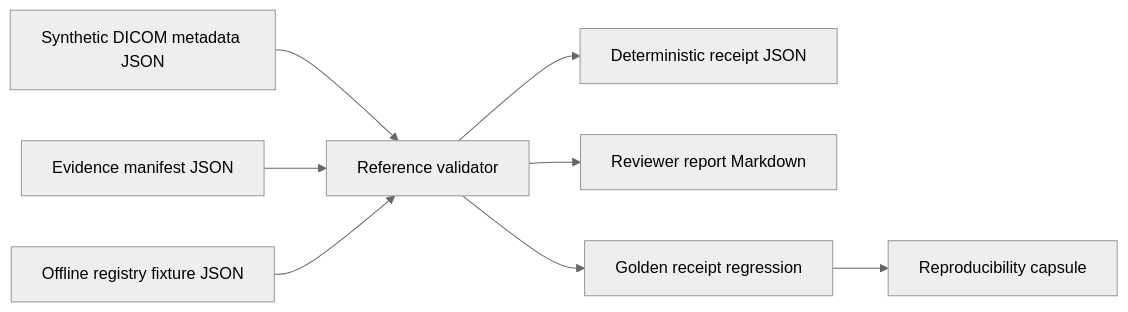
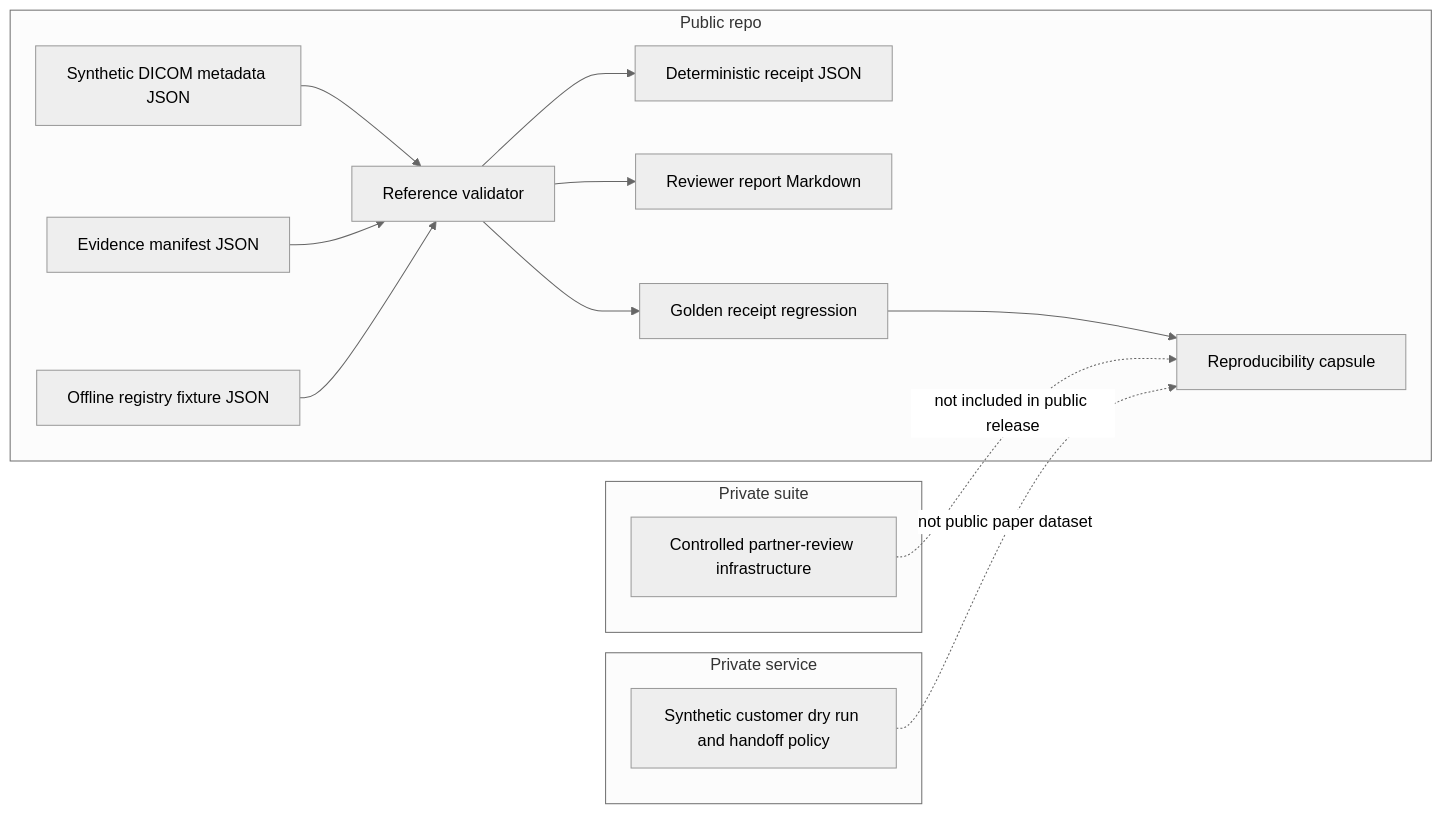
Before and after one commit to joy7758/udi-dicom-evidence-validator: the diagram in paper/figures/architecture.mmd, drawn with Mermaid (neutral theme). The commit also changed other lines of this file and 71 other files, not shown here.

```diff
--- a/paper/figures/architecture.mmd
+++ b/paper/figures/architecture.mmd
@@ -1,8 +1,26 @@
 flowchart LR
-  A["Synthetic DICOM metadata JSON"] --> V["Reference validator"]
-  B["Evidence manifest JSON"] --> V
-  C["Offline registry fixture JSON"] --> V
+  subgraph PublicRepo["Public repo"]
+    A["Synthetic DICOM metadata JSON"]
+    B["Evidence manifest JSON"]
+    C["Offline registry fixture JSON"]
+    V["Reference validator"]
+    R["Deterministic receipt JSON"]
+    M["Reviewer report Markdown"]
+    G["Golden receipt regression"]
+    C1["Reproducibility capsule"]
+  end
+  subgraph PrivateSuite["Private suite"]
+    S["Controlled partner-review infrastructure"]
+  end
+  subgraph PrivateService["Private service"]
+    P["Synthetic customer dry run and handoff policy"]
+  end
+  A --> V
+  B --> V
+  C --> V
   V --> R["Deterministic receipt JSON"]
   V --> M["Reviewer report Markdown"]
   V --> G["Golden receipt regression"]
   G --> C1["Reproducibility capsule"]
+  S -. "not included in public release" .-> C1
+  P -. "not public paper dataset" .-> C1
```
